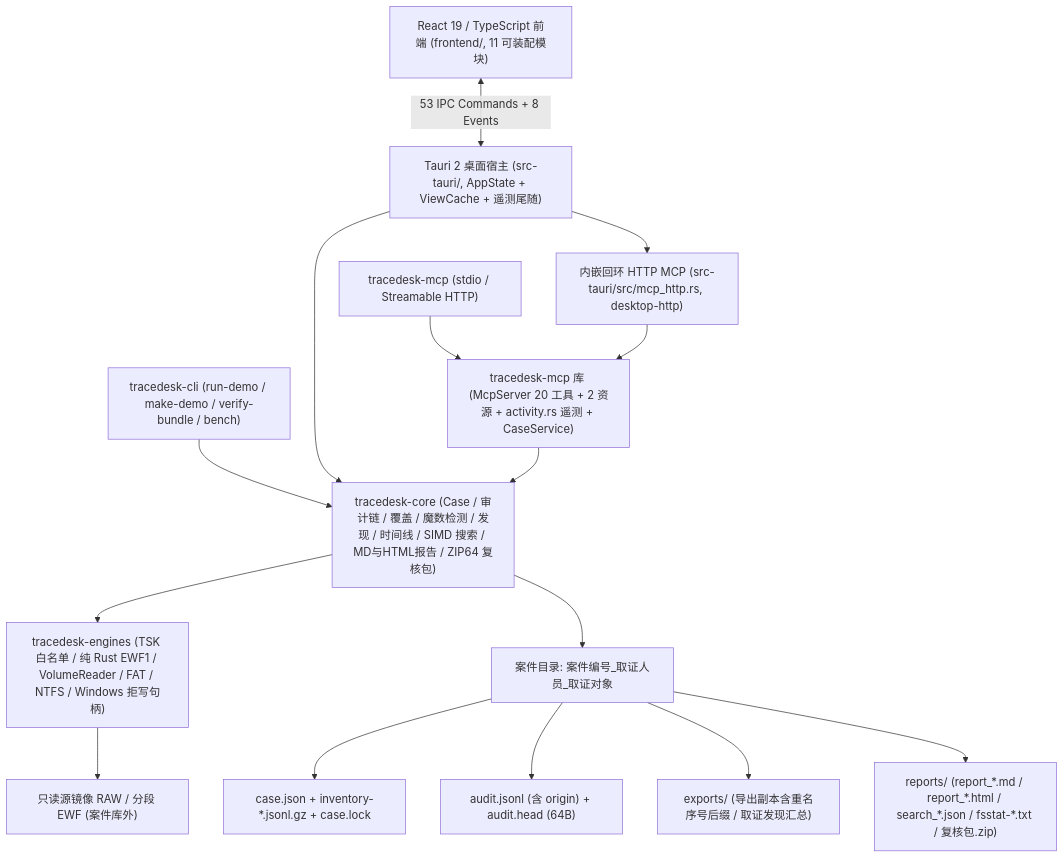
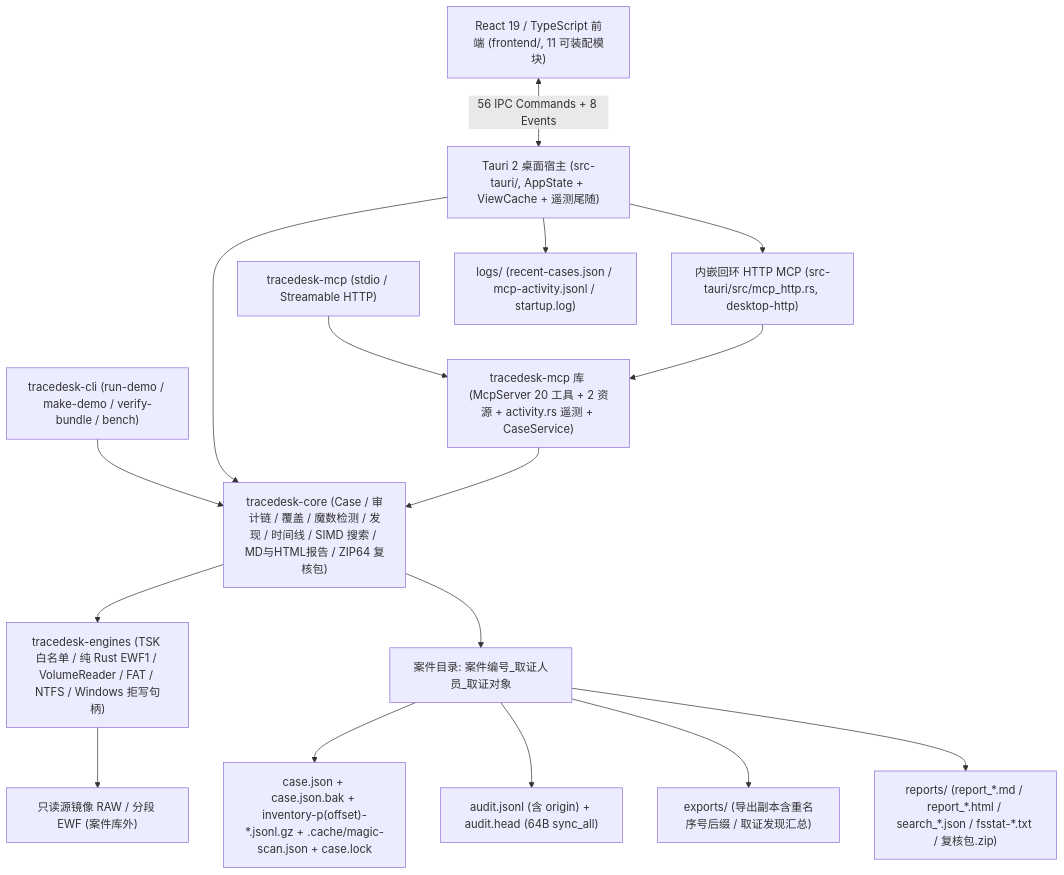
The diagram in docs/设计与验收说明.md (CYMR-1/TraceDesk), drawn with Mermaid before and after one commit. The commit also changed other lines of this file and 22 other files, not shown here.

````diff
--- a/docs/设计与验收说明.md
+++ b/docs/设计与验收说明.md
@@ -30,19 +30,20 @@
 ```mermaid
 flowchart TD
-    UI["React 19 / TypeScript 前端 (frontend/, 11 可装配模块)"] <-->|"53 IPC Commands + 8 Events"| TAURI["Tauri 2 桌面宿主 (src-tauri/, AppState + ViewCache + 遥测尾随)"]
+    UI["React 19 / TypeScript 前端 (frontend/, 11 可装配模块)"] <-->|"56 IPC Commands + 8 Events"| TAURI["Tauri 2 桌面宿主 (src-tauri/, AppState + ViewCache + 遥测尾随)"]
     TAURI --> EMB["内嵌回环 HTTP MCP (src-tauri/src/mcp_http.rs, desktop-http)"]
     CLI["tracedesk-cli (run-demo / make-demo / verify-bundle / bench)"] --> CORE
     MCPBIN["tracedesk-mcp (stdio / Streamable HTTP)"] --> MCPLIB["tracedesk-mcp 库 (McpServer 20 工具 + 2 资源 + activity.rs 遥测 + CaseService)"]
     EMB --> MCPLIB
 
     TAURI --> CORE["tracedesk-core (Case / 审计链 / 覆盖 / 魔数检测 / 发现 / 时间线 / SIMD 搜索 / MD与HTML报告 / ZIP64 复核包)"]
     MCPLIB --> CORE
     CORE --> ENG["tracedesk-engines (TSK 白名单 / 纯 Rust EWF1 / VolumeReader / FAT / NTFS / Windows 拒写句柄)"]
     ENG --> IMG["只读源镜像 RAW / 分段 EWF (案件库外)"]
 
     CORE --> CASE["案件目录: 案件编号_取证人员_取证对象"]
-    CASE --> META["case.json + inventory-*.jsonl.gz + case.lock"]
-    CASE --> AUD["audit.jsonl (含 origin) + audit.head (64B)"]
+    CASE --> META["case.json + case.json.bak + inventory-p(offset)-*.jsonl.gz + .cache/magic-scan.json + case.lock"]
+    CASE --> AUD["audit.jsonl (含 origin) + audit.head (64B sync_all)"]
     CASE --> EXP["exports/ (导出副本含重名序号后缀 / 取证发现汇总)"]
     CASE --> REP["reports/ (report_*.md / report_*.html / search_*.json / fsstat-*.txt / 复核包.zip)"]
+    TAURI --> LOGS["logs/ (recent-cases.json / mcp-activity.jsonl / startup.log)"]
 ```
````
